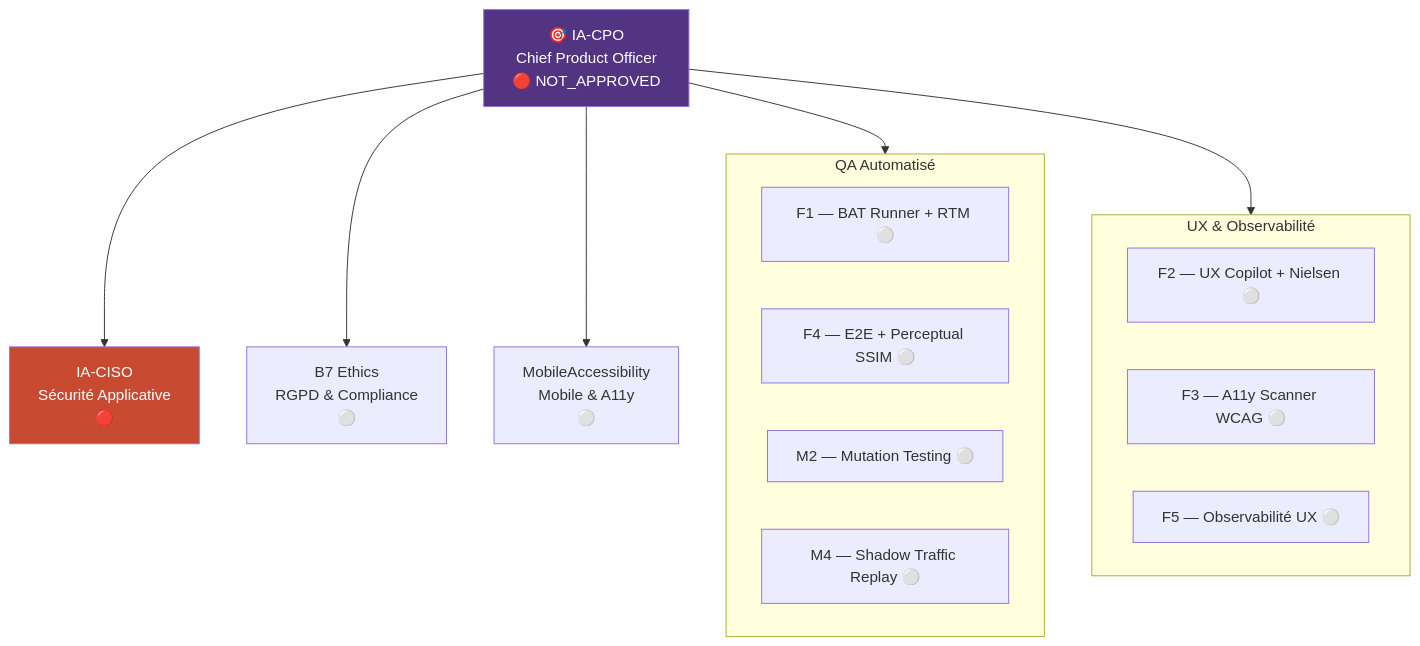
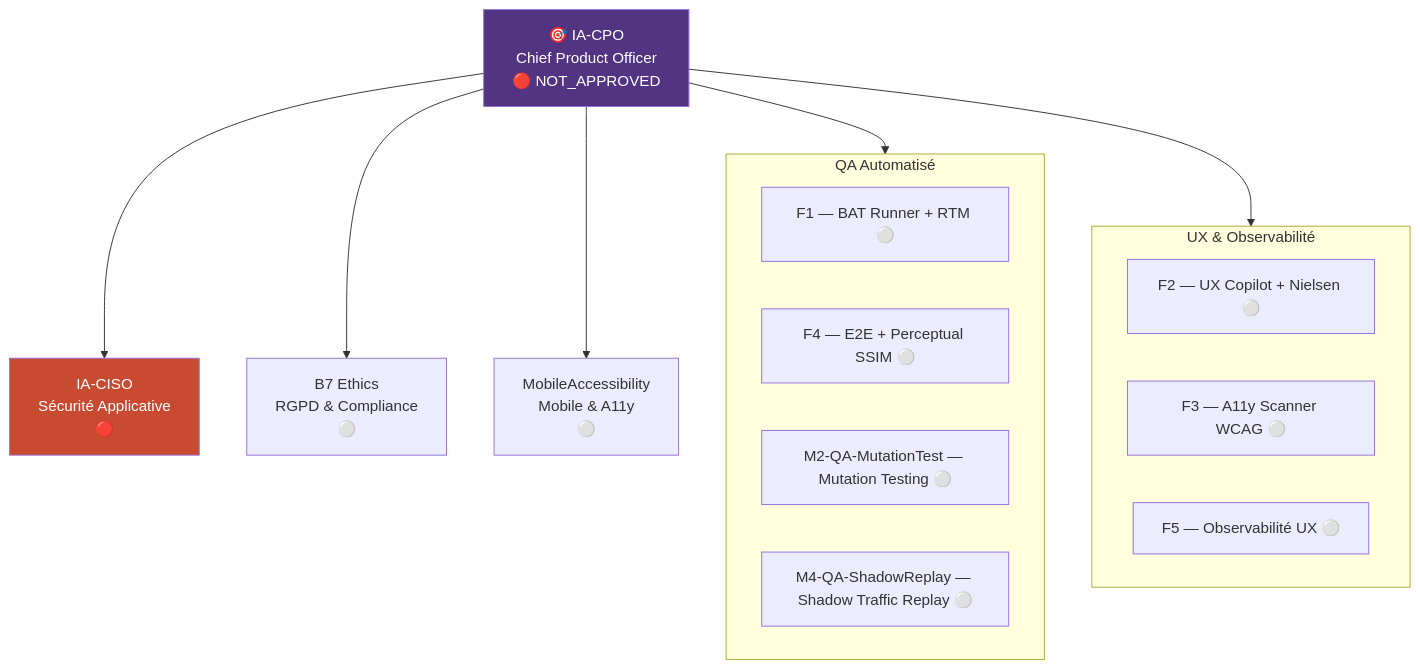
The fifth of 7 diagrams in docs/company-orgchart.md (ak125/ai-cos-system), drawn with Mermaid before and after one commit. The commit also changed other lines of this file, not shown here.

````diff
--- a/docs/company-orgchart.md
+++ b/docs/company-orgchart.md
@@ -225,27 +242,27 @@
 ```mermaid
 flowchart TD
     CPO["🎯 IA-CPO\nChief Product Officer\n🔴 NOT_APPROVED"]
 
     CPO --> CISO["IA-CISO\nSécurité Applicative\n🔴"]
     CPO --> B7["B7 Ethics\nRGPD & Compliance\n⚪"]
     CPO --> MOBILE["MobileAccessibility\nMobile & A11y\n⚪"]
 
     subgraph QA_Auto["QA Automatisé"]
         F1["F1 — BAT Runner + RTM ⚪"]
         F4["F4 — E2E + Perceptual SSIM ⚪"]
-        M2Q["M2 — Mutation Testing ⚪"]
-        M4Q["M4 — Shadow Traffic Replay ⚪"]
+        M2Q["M2-QA-MutationTest — Mutation Testing ⚪"]
+        M4Q["M4-QA-ShadowReplay — Shadow Traffic Replay ⚪"]
     end
 
     subgraph UX_Suite["UX & Observabilité"]
         F2["F2 — UX Copilot + Nielsen ⚪"]
         F3["F3 — A11y Scanner WCAG ⚪"]
         F5["F5 — Observabilité UX ⚪"]
     end
 
     CPO --> QA_Auto
     CPO --> UX_Suite
 
     style CPO fill:#533483,color:#fff
     style CISO fill:#c84b31,color:#fff
 ```
````
